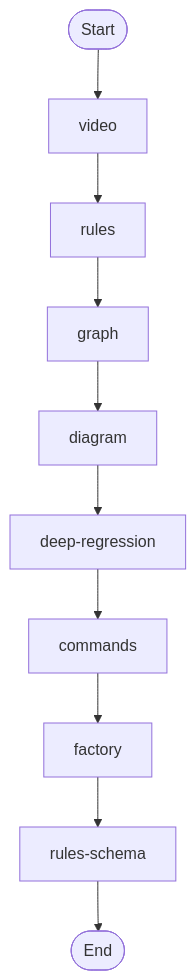
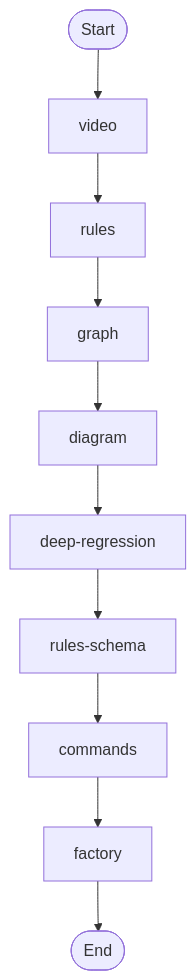
Before and after one commit to jscraik/diagram-cli: the fourth of 5 diagrams in AI/context/diagram-context.md, drawn with Mermaid. The commit also changed other lines of this file and 5 other files, not shown here.

First line of the commit message:
feat: improve diagram context refresh outputs

````diff
--- a/AI/context/diagram-context.md
+++ b/AI/context/diagram-context.md
@@ -144,22 +172,22 @@
 ```mermaid
 flowchart TD
   Start(["Start"])
   video_0cab1c96["video"]
   Start --> video_0cab1c96
   rules_6c621d1a["rules"]
   video_0cab1c96 --> rules_6c621d1a
   graph_eef93e1d["graph"]
   rules_6c621d1a --> graph_eef93e1d
   diagram_2c20a6b0["diagram"]
   graph_eef93e1d --> diagram_2c20a6b0
   deep_regression_4f028409["deep-regression"]
   diagram_2c20a6b0 --> deep_regression_4f028409
+  rules_schema_1b0ae367["rules-schema"]
+  deep_regression_4f028409 --> rules_schema_1b0ae367
   commands_10f5f77e["commands"]
-  deep_regression_4f028409 --> commands_10f5f77e
+  rules_schema_1b0ae367 --> commands_10f5f77e
   factory_06c8aaa9["factory"]
   commands_10f5f77e --> factory_06c8aaa9
-  rules_schema_1b0ae367["rules-schema"]
-  factory_06c8aaa9 --> rules_schema_1b0ae367
   End(["End"])
-  rules_schema_1b0ae367 --> End
+  factory_06c8aaa9 --> End
 ```
````
